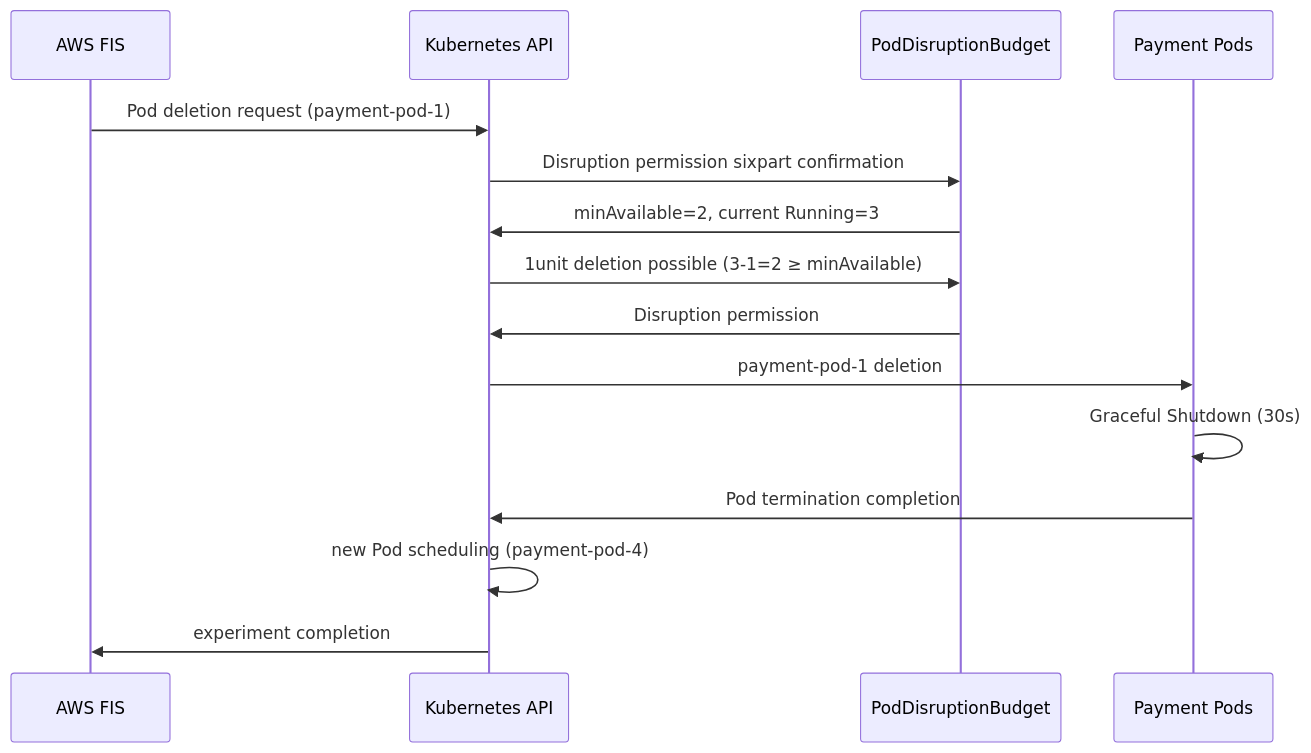
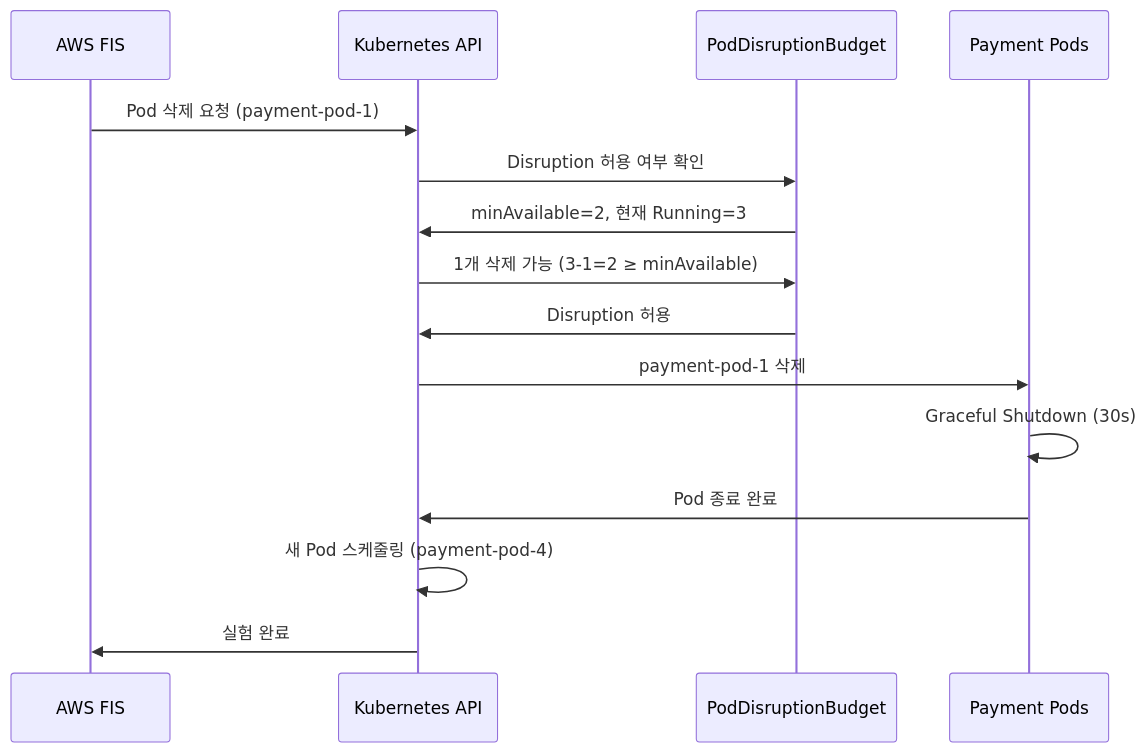
Before and after one commit to devfloor9/engineering-playbook: diagram 12 of 13 in i18n/en/docusaurus-plugin-content-docs/current/aidlc/agentic-ops/aiops-predictive-operations.md, drawn with Mermaid. The commit also changed other lines of this file and 95 other files, not shown here.

````diff
--- a/i18n/en/docusaurus-plugin-content-docs/current/aidlc/agentic-ops/aiops-predictive-operations.md
+++ b/i18n/en/docusaurus-plugin-content-docs/current/aidlc/agentic-ops/aiops-predictive-operations.md
@@ -3602,18 +3620,18 @@
 ```mermaid
 sequenceDiagram
-participant FIS as AWS FIS
-participant K8s as Kubernetes API
-participant PDB as PodDisruptionBudget
-participant Pod as Payment Pods
+ participant FIS as AWS FIS
+ participant K8s as Kubernetes API
+ participant PDB as PodDisruptionBudget
+ participant Pod as Payment Pods
 
-FIS->>K8s: Pod deletion request (payment-pod-1)
-K8s->>PDB: Disruption permission sixpart confirmation
-PDB->>K8s: minAvailable=2, current Running=3
-K8s->>PDB: 1unit deletion possible (3-1=2 ≥ minAvailable)
-PDB->>K8s: Disruption permission
-K8s->>Pod: payment-pod-1 deletion
-Pod->>Pod: Graceful Shutdown (30s)
-Pod->>K8s: Pod termination completion
-K8s->>K8s: new Pod scheduling (payment-pod-4)
-K8s->>FIS: experiment completion
+ FIS->>K8s: Pod 삭제 요청 (payment-pod-1)
+ K8s->>PDB: Disruption 허용 여부 확인
+ PDB->>K8s: minAvailable=2, 현재 Running=3
+ K8s->>PDB: 1개 삭제 가능 (3-1=2 ≥ minAvailable)
+ PDB->>K8s: Disruption 허용
+ K8s->>Pod: payment-pod-1 삭제
+ Pod->>Pod: Graceful Shutdown (30s)
+ Pod->>K8s: Pod 종료 완료
+ K8s->>K8s: 새 Pod 스케줄링 (payment-pod-4)
+ K8s->>FIS: 실험 완료
 ```
````
